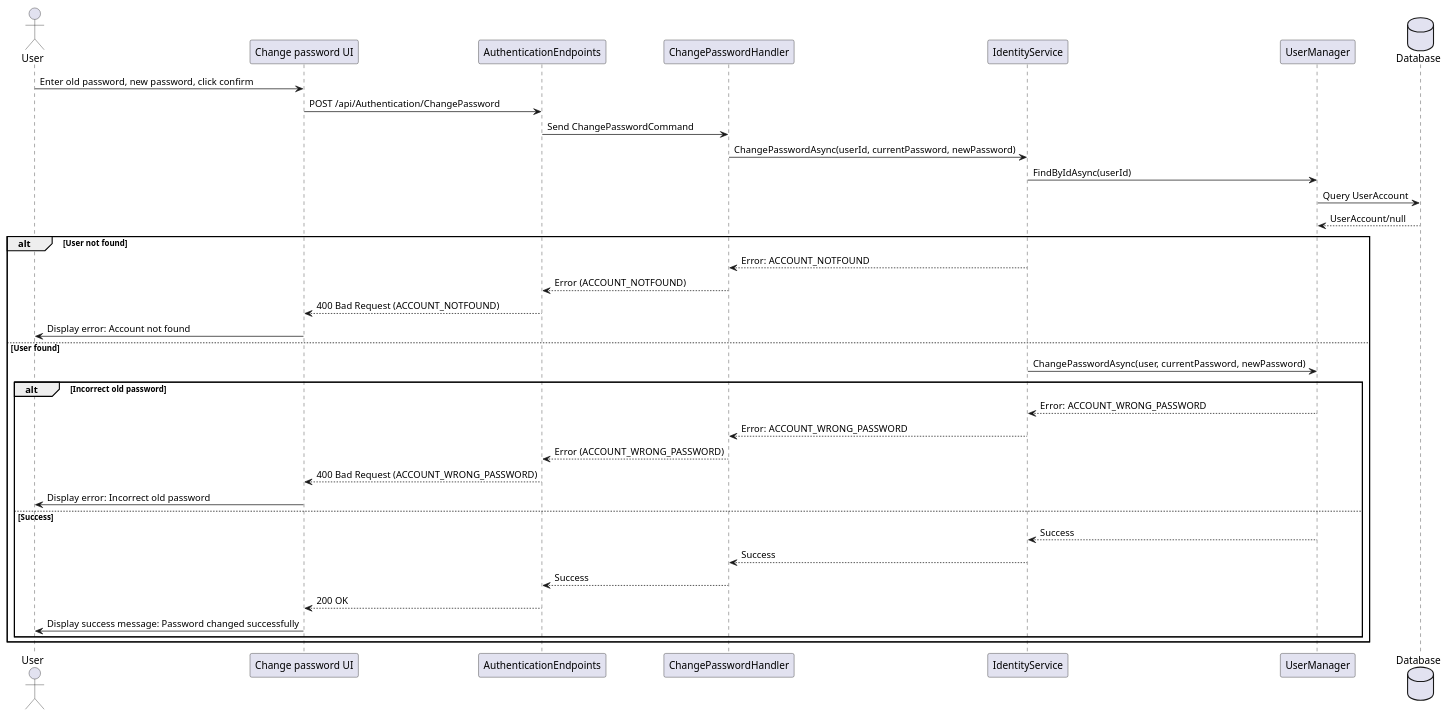
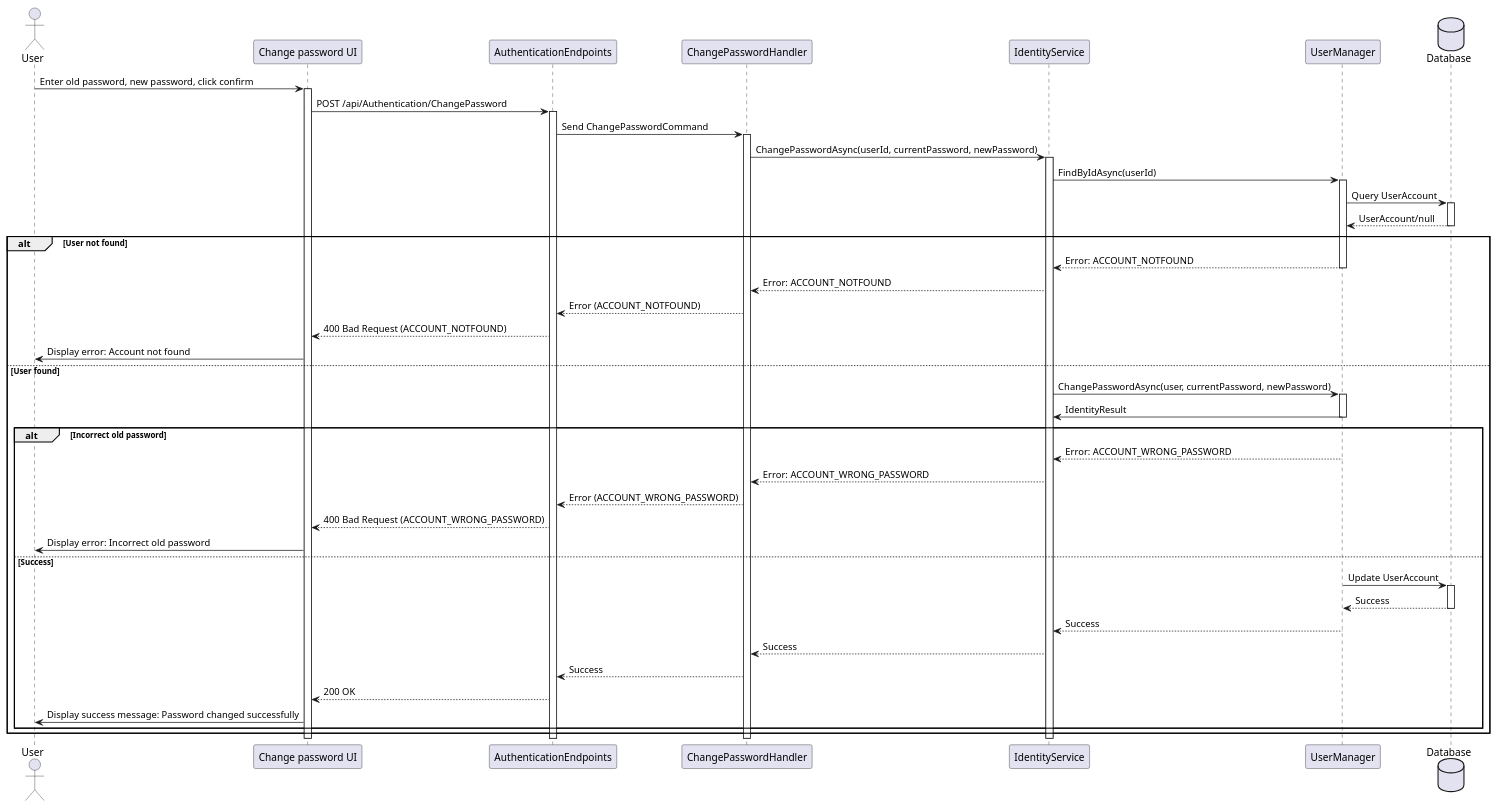
Before and after one commit to thanhkhac/SEP_Diagram: the diagram in authentication/sequence/10_ChangePassword.puml, drawn with PlantUML. The commit also changed 4 other files, not shown here.

Commit message:
Add activation and deactivation steps to sequence diagrams

```diff
--- a/authentication/sequence/10_ChangePassword.puml
+++ b/authentication/sequence/10_ChangePassword.puml
@@ -1,38 +1,59 @@
 @startuml
 actor User
 participant "Change password UI" as UI
 participant AuthenticationEndpoints
 participant ChangePasswordHandler
 participant IdentityService
 participant UserManager
 Database Database
 
 User -> UI : Enter old password, new password, click confirm
+activate UI
 UI -> AuthenticationEndpoints : POST /api/Authentication/ChangePassword
+activate AuthenticationEndpoints
 AuthenticationEndpoints -> ChangePasswordHandler : Send ChangePasswordCommand
+activate ChangePasswordHandler
 ChangePasswordHandler -> IdentityService : ChangePasswordAsync(userId, currentPassword, newPassword)
+activate IdentityService
 IdentityService -> UserManager : FindByIdAsync(userId)
+activate UserManager
 UserManager -> Database : Query UserAccount
+activate Database
 Database --> UserManager : UserAccount/null
+deactivate Database
 alt User not found
+    UserManager --> IdentityService : Error: ACCOUNT_NOTFOUND
+    deactivate UserManager
     IdentityService --> ChangePasswordHandler : Error: ACCOUNT_NOTFOUND
     ChangePasswordHandler --> AuthenticationEndpoints : Error (ACCOUNT_NOTFOUND)
     AuthenticationEndpoints --> UI : 400 Bad Request (ACCOUNT_NOTFOUND)
     UI -> User : Display error: Account not found
 else User found
     IdentityService -> UserManager : ChangePasswordAsync(user, currentPassword, newPassword)
+    activate UserManager
+    UserManager -> IdentityService: IdentityResult
+    deactivate UserManager
     alt Incorrect old password
         UserManager --> IdentityService : Error: ACCOUNT_WRONG_PASSWORD
         IdentityService --> ChangePasswordHandler : Error: ACCOUNT_WRONG_PASSWORD
         ChangePasswordHandler --> AuthenticationEndpoints : Error (ACCOUNT_WRONG_PASSWORD)
         AuthenticationEndpoints --> UI : 400 Bad Request (ACCOUNT_WRONG_PASSWORD)
         UI -> User : Display error: Incorrect old password
     else Success
+        UserManager -> Database : Update UserAccount
+        activate Database
+        Database --> UserManager : Success
+        deactivate Database
         UserManager --> IdentityService : Success
+        deactivate UserManager
         IdentityService --> ChangePasswordHandler : Success
         ChangePasswordHandler --> AuthenticationEndpoints : Success
         AuthenticationEndpoints --> UI : 200 OK
         UI -> User : Display success message: Password changed successfully
     end
 end
+deactivate IdentityService
+deactivate ChangePasswordHandler
+deactivate AuthenticationEndpoints
+deactivate UI
 @enduml
```
